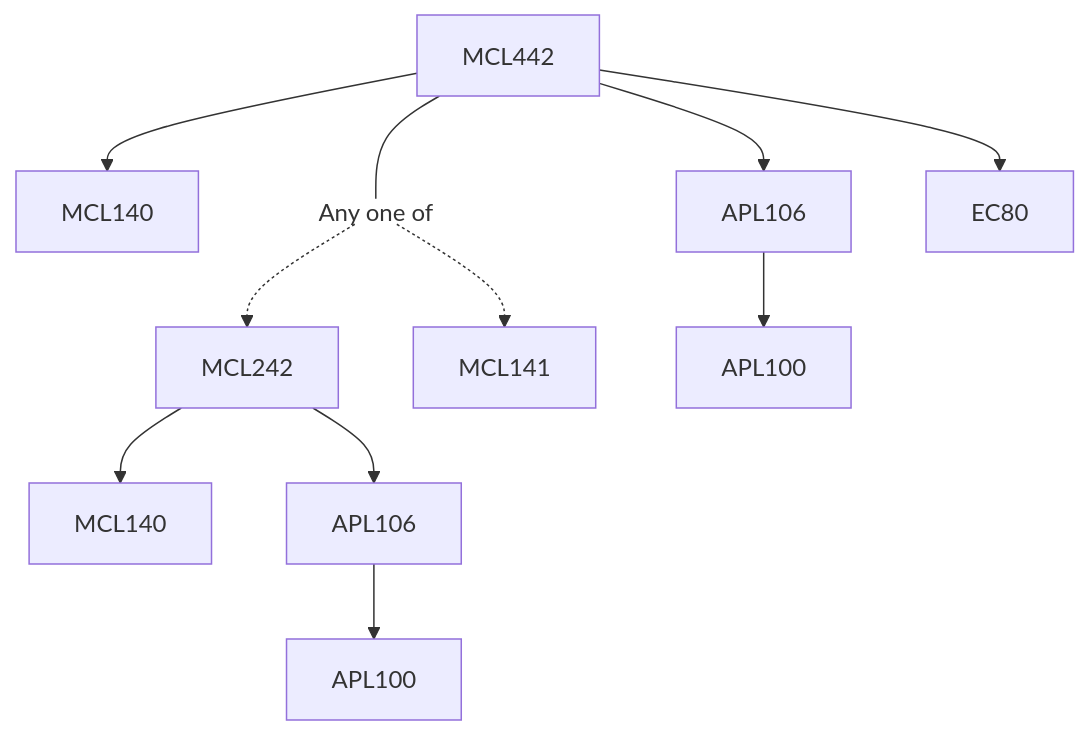
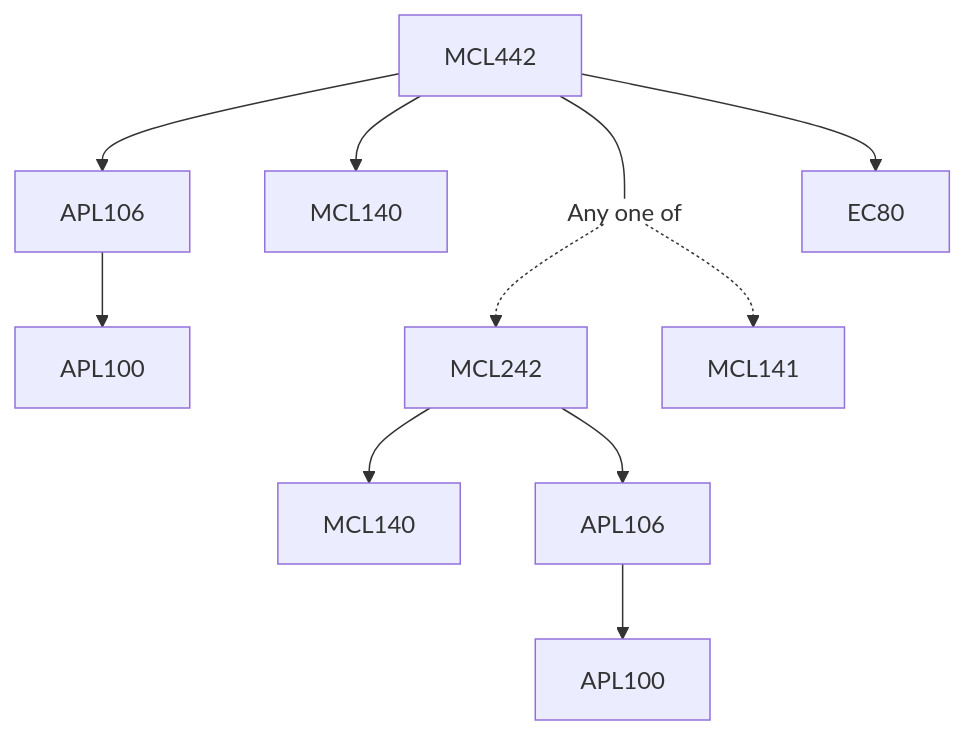
Before and after one commit to KeshavBansal0122/CoS_Website: the diagram in content/Mechanical Engineering/MCL442.md, drawn with Mermaid. The commit also changed other lines of this file and 2667 other files, not shown here.

````diff
--- a/content/Mechanical Engineering/MCL442.md
+++ b/content/Mechanical Engineering/MCL442.md
@@ -15,17 +13,17 @@
 ```mermaid
 flowchart TD
-MCL442-279[MCL442]
-MCL442-279 --> MCL140-279[MCL140]
-MCL442-279 --> APL106-279[APL106]
-MCL442-279 --- Or280[Any one of]:::empty
-MCL242-281 --> MCL140-281[MCL140]
-APL106-281 --> APL100-281[APL100]
-Or280 -.-> MCL242-281[MCL242]
-MCL242-281 --> APL106-281[APL106]
-Or280 -.-> MCL141-282[MCL141]
-APL106-279 --> APL100-279[APL100]
-MCL442-279 --> EC80-279[EC80]
+MCL442-1443[MCL442]
+APL106-1443 --> APL100-1443[APL100]
+MCL442-1443 --> MCL140-1443[MCL140]
+MCL442-1443 --- Or1444[Any one of]:::empty
+MCL242-1445 --> MCL140-1445[MCL140]
+Or1444 -.-> MCL242-1445[MCL242]
+MCL242-1445 --> APL106-1445[APL106]
+APL106-1445 --> APL100-1445[APL100]
+Or1444 -.-> MCL141-1446[MCL141]
+MCL442-1443 --> APL106-1443[APL106]
+MCL442-1443 --> EC80-1443[EC80]
 
 classDef empty height:17px, fill:transparent, stroke:transparent;
 classDef trueEmpty height:0px, width:0px;
 ```
````
